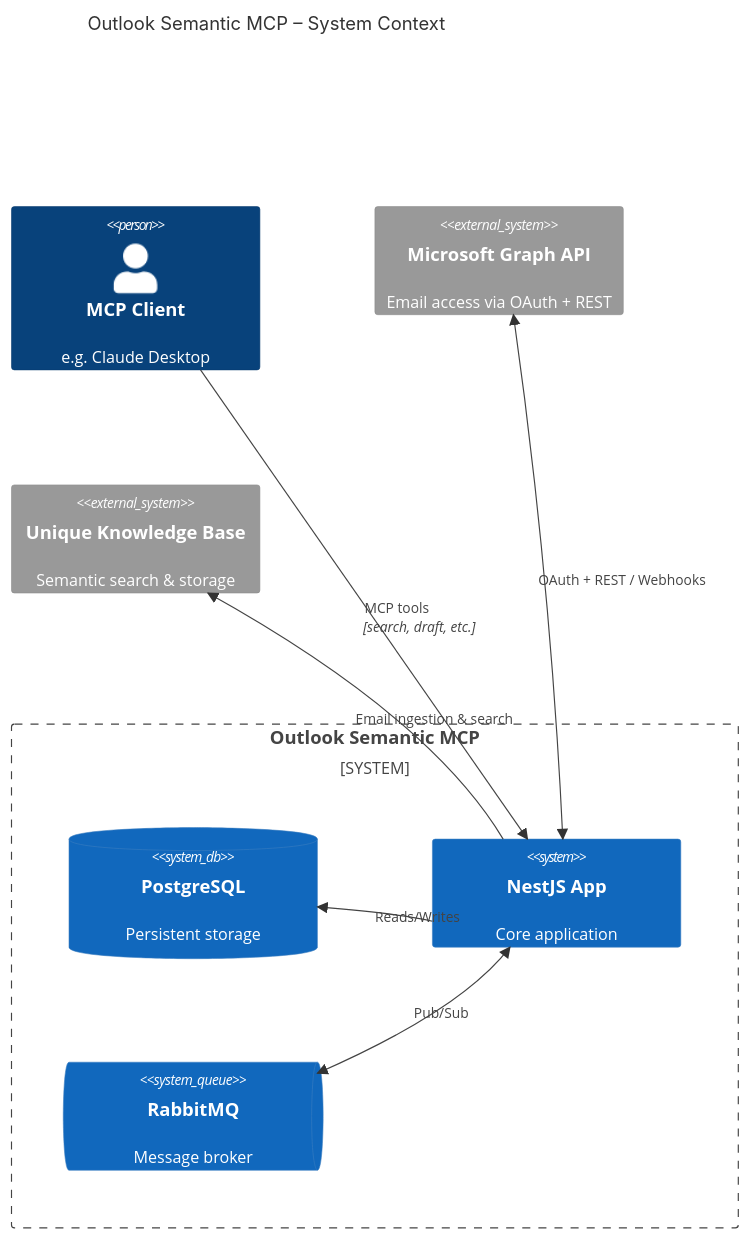
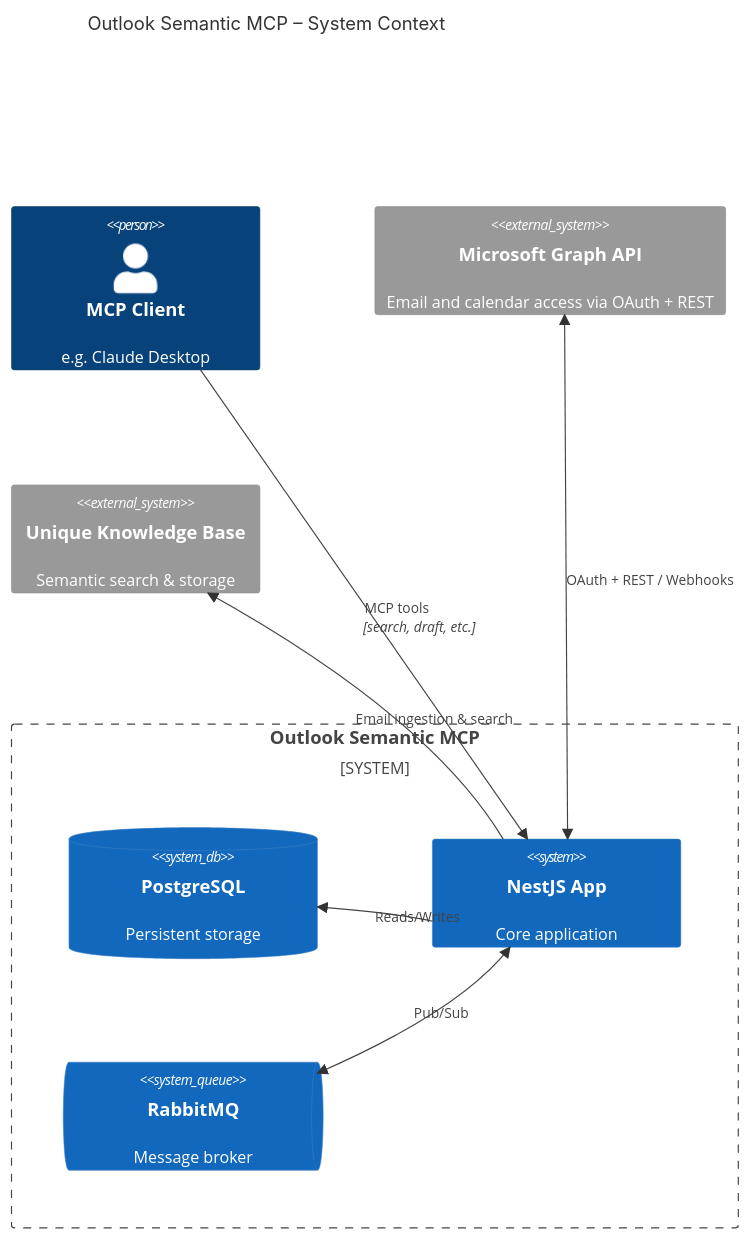
One commit to Unique-AG/connectors changed the diagram in services/outlook-semantic-mcp/docs/README.md. Above: the diagram before and after it, drawn with Mermaid. The commit also changed other lines of this file and 21 other files, not shown here.

````diff
--- a/services/outlook-semantic-mcp/docs/README.md
+++ b/services/outlook-semantic-mcp/docs/README.md
@@ -127,23 +133,23 @@
 ```mermaid
 C4Context
     title Outlook Semantic MCP – System Context
 
     Person(client, "MCP Client", "e.g. Claude Desktop")
 
     System_Boundary(server, "Outlook Semantic MCP") {
         SystemDb(pg, "PostgreSQL", "Persistent storage")
         System(app, "NestJS App", "Core application")
         SystemQueue(mq, "RabbitMQ", "Message broker")
     }
 
-    System_Ext(graph, "Microsoft Graph API", "Email access via OAuth + REST")
+    System_Ext(graph, "Microsoft Graph API", "Email and calendar access via OAuth + REST")
     System_Ext(kb, "Unique Knowledge Base", "Semantic search & storage")
 
     Rel(client, app, "MCP tools", "search, draft, etc.")
     BiRel(app, graph, "OAuth + REST / Webhooks")
     Rel(app, pg, "Reads/Writes")
     BiRel(app, mq, "Pub/Sub")
     Rel(app, kb, "Email ingestion & search")
 
     UpdateLayoutConfig($c4ShapeInRow="3", $c4BoundaryInRow="1")
 ```
````
